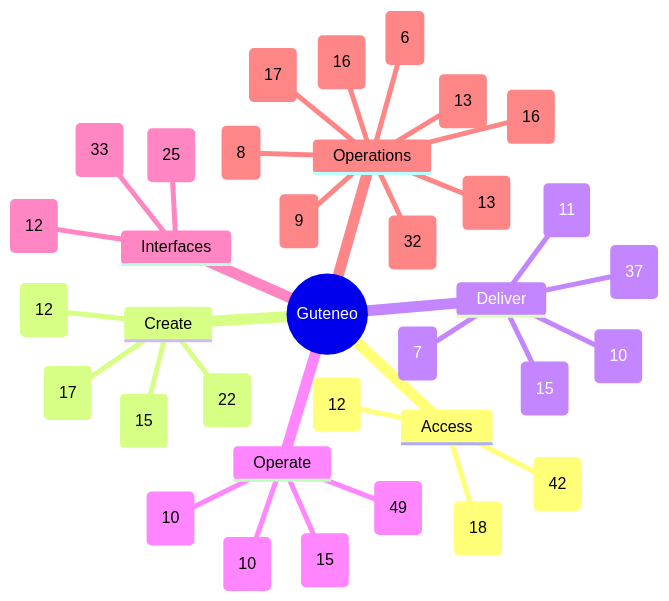
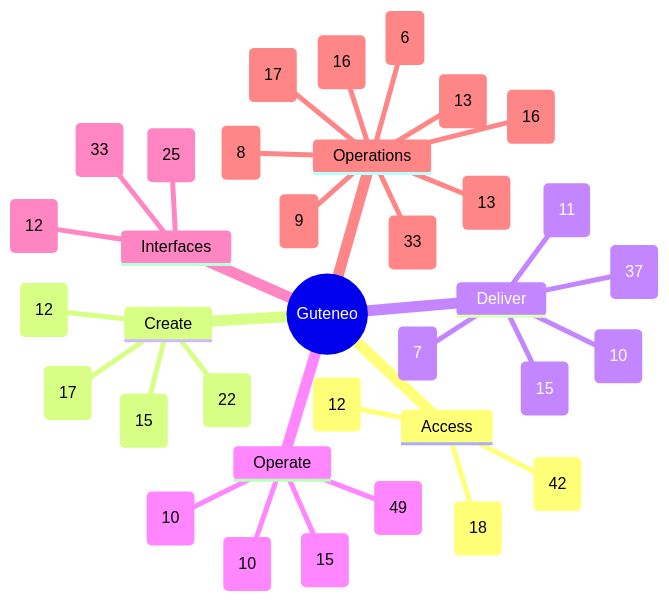
One commit to nclsppr/guteneo changed the diagram in docs/FEATURE_MAP.md. Above: the diagram before and after it, drawn with Mermaid. The commit also changed other lines of this file and 17 other files, not shown here.

````diff
--- a/docs/FEATURE_MAP.md
+++ b/docs/FEATURE_MAP.md
@@ -13,38 +13,38 @@
 ```mermaid
 mindmap
   root((Guteneo))
     Access
       Access and identity (42)
       Team and responsibilities (12)
       Workspace administration and reports (18)
     Create
       Documents and protection (22)
       Template studio (15)
       Data and mappings (12)
       PDF generation and distribution (17)
     Deliver
       Fax (10)
       Postal mail (11)
       Email and protected links (15)
       Sensitive distribution and personal documents (37)
       Dispatch dry run (7)
     Operate
       Campaigns and tracking (15)
       Credits and billing (10)
       Workspace layout and browser appearance (49)
       PDF verification (10)
     Interfaces
       Assistants and API (33)
       iPhone and iPad (12)
       Public pages, languages and appearance (25)
     Operations
       Reviewer OAuth qualification (9)
-      Operations and reliability (32)
+      Operations and reliability (33)
       Belvédère platform oversight (16)
       Public service status (16)
       Engineering documentation (13)
       Codex Cloud development (8)
       Continuous reviewer preparation (6)
       Automatic fax tariff maintenance (13)
       Consumed provider freshness and preventive deadline actions (17)
 ```
````
